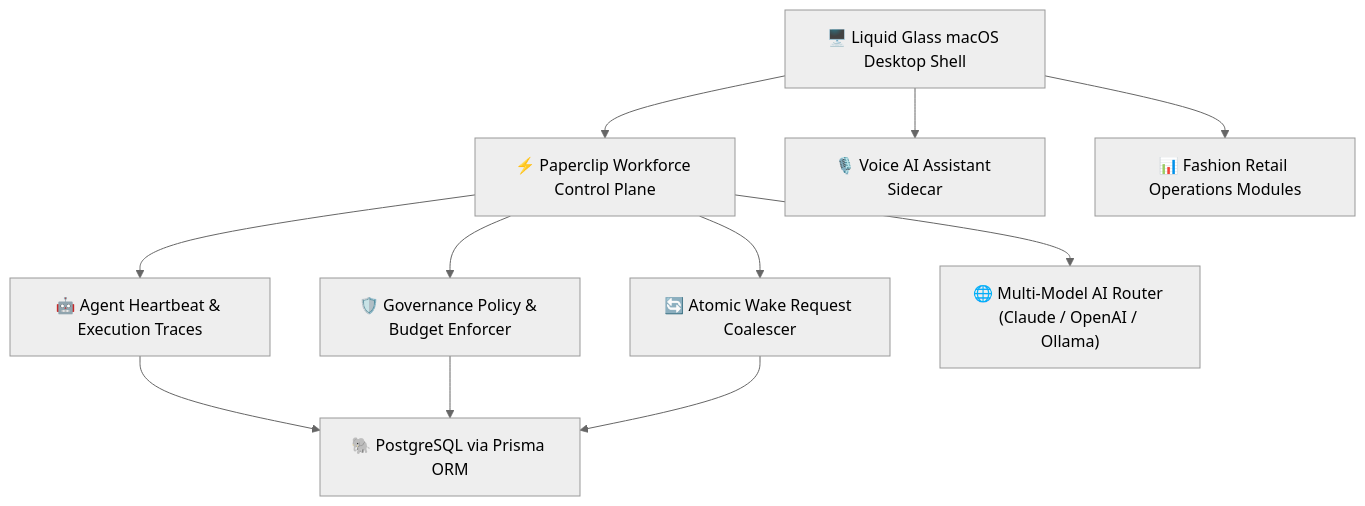
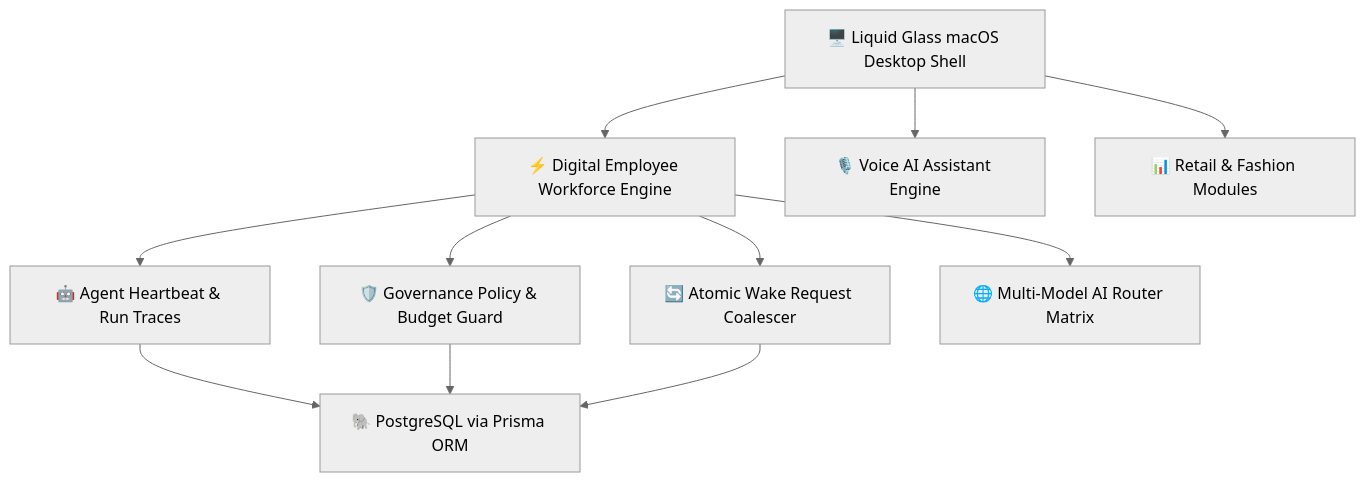
Before and after one commit to KashinathTilagul/commerce-os: the diagram in README.md, drawn with Mermaid (neutral theme). The commit also changed other lines of this file and 7 other files, not shown here.

````diff
--- a/README.md
+++ b/README.md
@@ -21,13 +61,13 @@
 ```mermaid
 graph TD
-    A["🖥️ Liquid Glass macOS Desktop Shell"] --> B["⚡ Paperclip Workforce Control Plane"]
-    A --> C["🎙️ Voice AI Assistant Sidecar"]
-    A --> D["📊 Fashion Retail Operations Modules"]
-    B --> E["🤖 Agent Heartbeat & Execution Traces"]
-    B --> F["🛡️ Governance Policy & Budget Enforcer"]
+    A["🖥️ Liquid Glass macOS Desktop Shell"] --> B["⚡ Digital Employee Workforce Engine"]
+    A --> C["🎙️ Voice AI Assistant Engine"]
+    A --> D["📊 Retail & Fashion Modules"]
+    B --> E["🤖 Agent Heartbeat & Run Traces"]
+    B --> F["🛡️ Governance Policy & Budget Guard"]
     B --> G["🔄 Atomic Wake Request Coalescer"]
     E --> H["🐘 PostgreSQL via Prisma ORM"]
     F --> H
     G --> H
-    B --> I["🌐 Multi-Model AI Router (Claude / OpenAI / Ollama)"]
+    B --> I["🌐 Multi-Model AI Router Matrix"]
 ```
````
